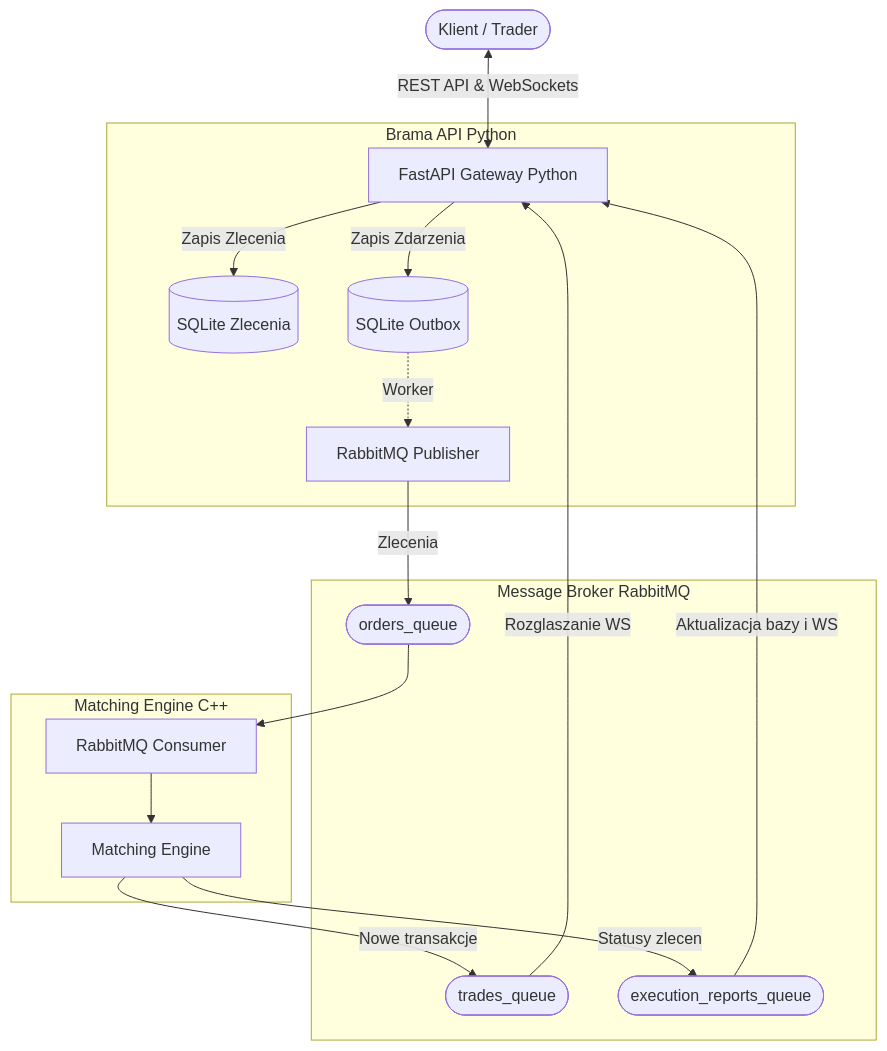
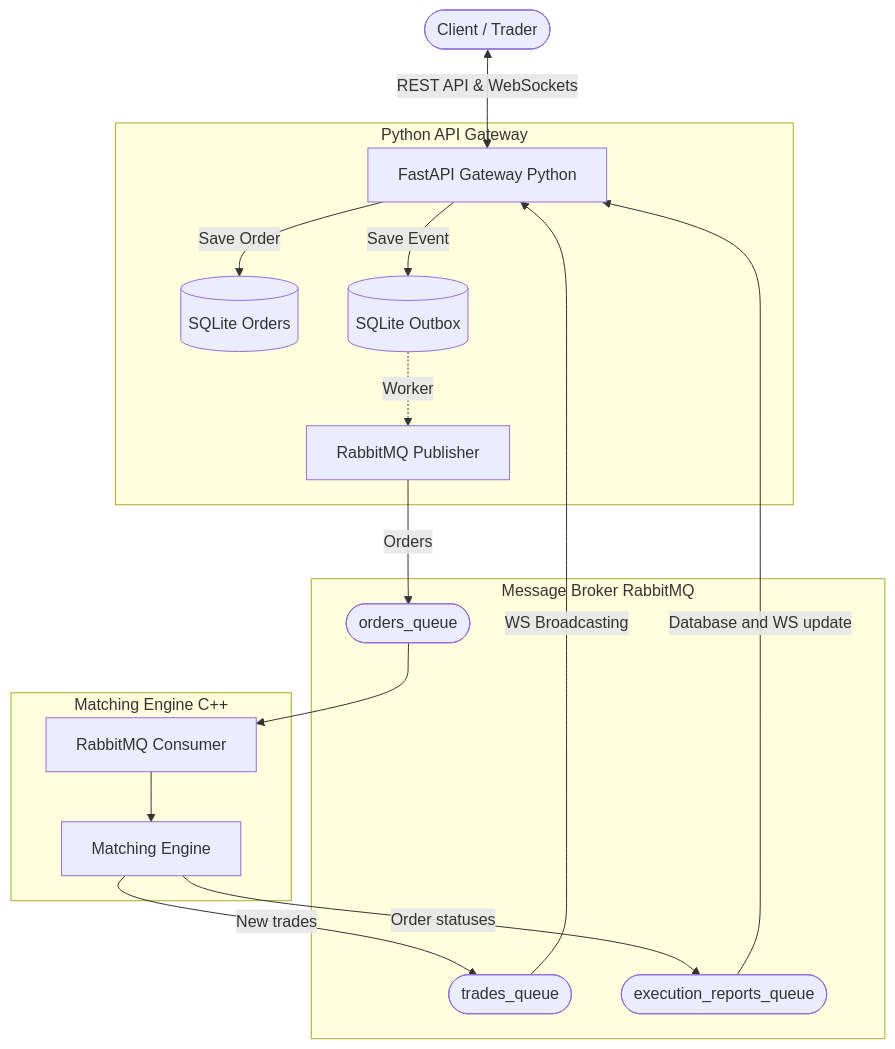
Before and after one commit to Renarrii/AOMS: the diagram in README.md, drawn with Mermaid. The commit also changed other lines of this file, not shown here.

````diff
--- a/README.md
+++ b/README.md
@@ -9,26 +9,26 @@
 ```mermaid
 graph TD
-    Client([Klient / Trader]) <-->|REST API & WebSockets| API[FastAPI Gateway Python]
+    Client([Client / Trader]) <-->|REST API & WebSockets| API[FastAPI Gateway Python]
     
-    subgraph Brama API Python
-        API -->|Zapis Zlecenia| DB[(SQLite Zlecenia)]
-        API -->|Zapis Zdarzenia| Outbox[(SQLite Outbox)]
+    subgraph Python API Gateway
+        API -->|Save Order| DB[(SQLite Orders)]
+        API -->|Save Event| Outbox[(SQLite Outbox)]
         Outbox -.->|Worker| Pub[RabbitMQ Publisher]
     end
 
     subgraph Message Broker RabbitMQ
-        Pub -->|Zlecenia| OQ([orders_queue])
+        Pub -->|Orders| OQ([orders_queue])
         TQ([trades_queue])
         EQ([execution_reports_queue])
     end
 
     subgraph Matching Engine C++
         OQ --> Cons[RabbitMQ Consumer]
         Cons --> Engine[Matching Engine]
-        Engine -->|Nowe transakcje| TQ
-        Engine -->|Statusy zlecen| EQ
+        Engine -->|New trades| TQ
+        Engine -->|Order statuses| EQ
     end
 
-    TQ -->|Rozglaszanie WS| API
-    EQ -->|Aktualizacja bazy i WS| API
+    TQ -->|WS Broadcasting| API
+    EQ -->|Database and WS update| API
 ```
````
